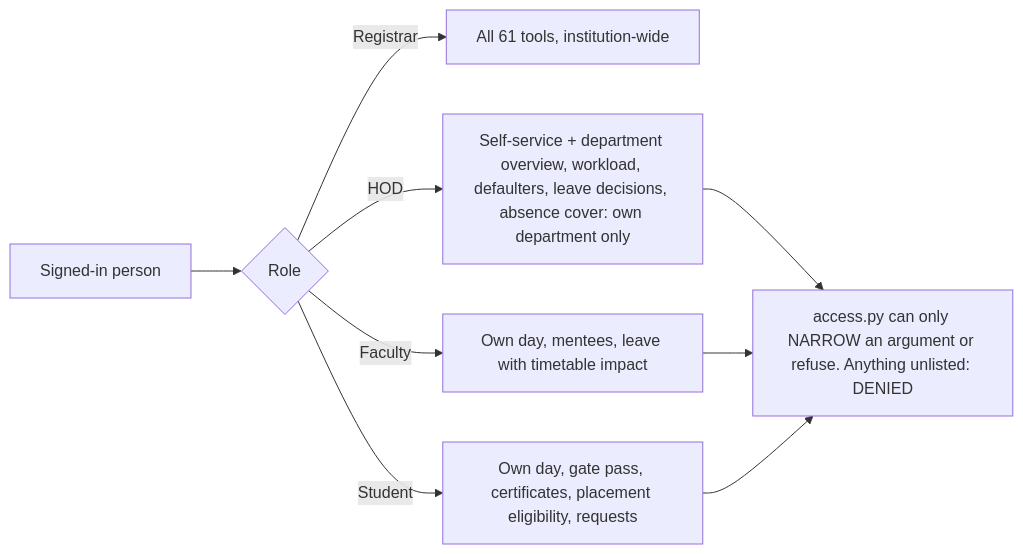
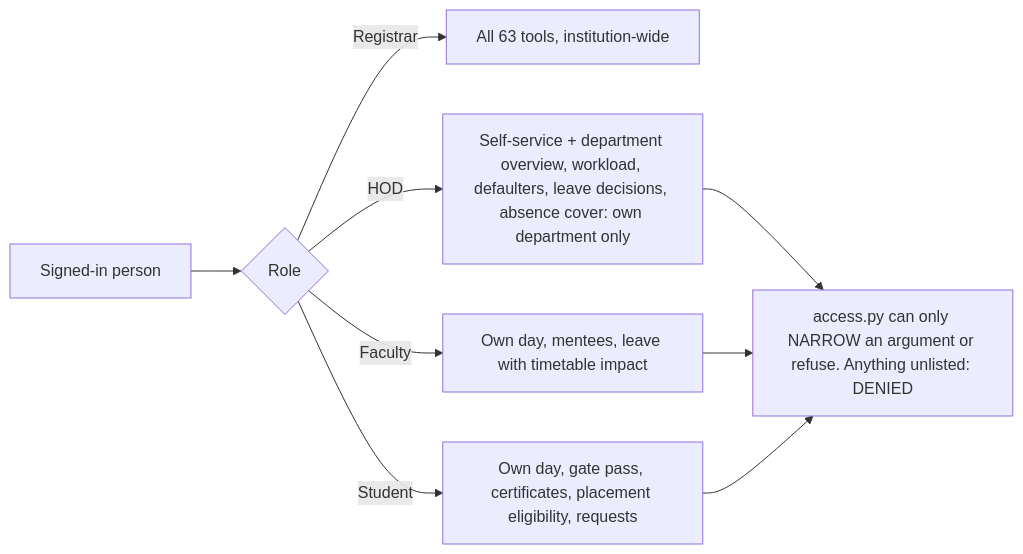
One commit to samprith02/VidyaERP changed the third of 7 diagrams in README.md. Above: the diagram before and after it, drawn with Mermaid. The commit also changed other lines of this file and 1 other file, not shown here.

````diff
--- a/README.md
+++ b/README.md
@@ -516,9 +498,9 @@
 ```mermaid
 flowchart LR
   U[Signed-in person] --> R{Role}
-  R -->|Registrar| ALL[All 61 tools, institution-wide]
+  R -->|Registrar| ALL[All 63 tools, institution-wide]
   R -->|HOD| H[Self-service + department overview, workload, defaulters, leave decisions, absence cover: own department only]
   R -->|Faculty| F[Own day, mentees, leave with timetable impact]
   R -->|Student| S[Own day, gate pass, certificates, placement eligibility, requests]
   H & F & S --> N[access.py can only NARROW an argument or refuse. Anything unlisted: DENIED]
 ```
````
